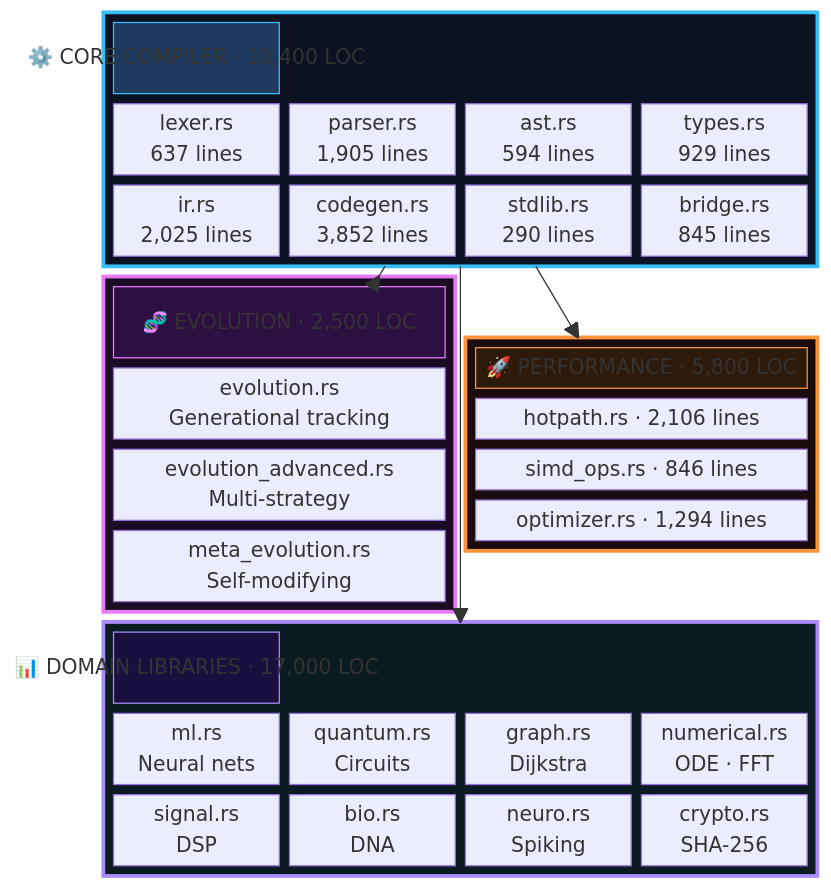
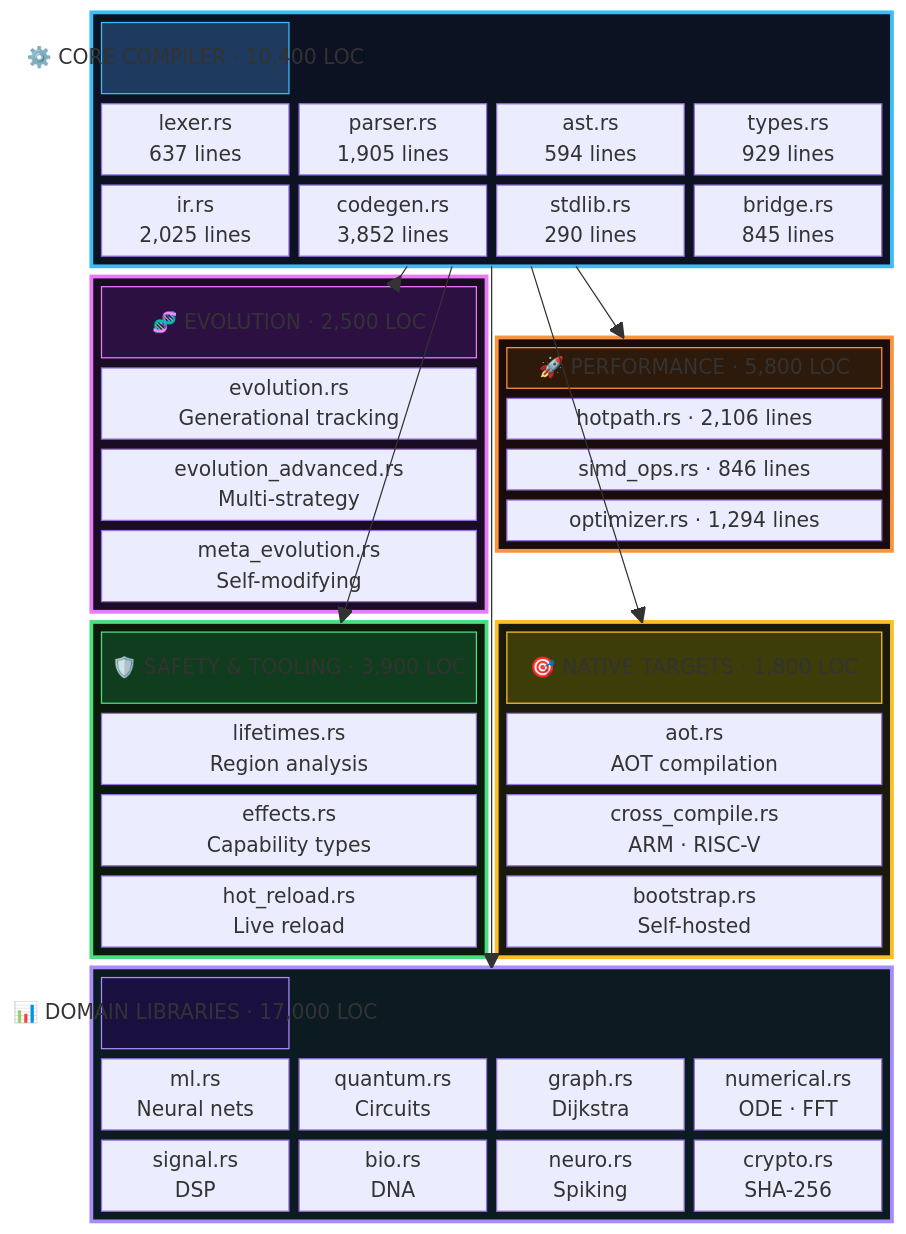
The third of 7 diagrams in README.md (ModernOps888/vitalis), drawn with Mermaid before and after one commit. The commit also changed other lines of this file and 9 other files, not shown here.

First line of the commit message:
v22: Lifetime analysis, effect system, hot-reload, bootstrap, AOT, cross-compilation

````diff
--- a/README.md
+++ b/README.md
@@ -154,59 +154,81 @@
 ```mermaid
 block-beta
     columns 4
 
     block:CORE:4
         columns 4
         A["⚙️ CORE COMPILER · 10,400 LOC"]:4
         B["lexer.rs\n637 lines"]
         C["parser.rs\n1,905 lines"]
         D["ast.rs\n594 lines"]
         E["types.rs\n929 lines"]
         F["ir.rs\n2,025 lines"]
         G["codegen.rs\n3,852 lines"]
         H["stdlib.rs\n290 lines"]
         I["bridge.rs\n845 lines"]
     end
 
     block:EVO:2
         columns 1
         J["🧬 EVOLUTION · 2,500 LOC"]
         K["evolution.rs\nGenerational tracking"]
         L["evolution_advanced.rs\nMulti-strategy"]
         M["meta_evolution.rs\nSelf-modifying"]
     end
 
     block:PERF:2
         columns 1
         N["🚀 PERFORMANCE · 5,800 LOC"]
         O["hotpath.rs · 2,106 lines"]
         P["simd_ops.rs · 846 lines"]
         Q["optimizer.rs · 1,294 lines"]
     end
 
+    block:SAFETY:2
+        columns 1
+        SA["🛡️ SAFETY & TOOLING · 3,900 LOC"]
+        SB["lifetimes.rs\nRegion analysis"]
+        SC["effects.rs\nCapability types"]
+        SD["hot_reload.rs\nLive reload"]
+    end
+
+    block:NATIVE:2
+        columns 1
+        NA["🎯 NATIVE TARGETS · 1,800 LOC"]
+        NB["aot.rs\nAOT compilation"]
+        NC["cross_compile.rs\nARM · RISC-V"]
+        ND["bootstrap.rs\nSelf-hosted"]
+    end
+
     block:MATH:4
         columns 4
         R["📊 DOMAIN LIBRARIES · 17,000 LOC"]:4
         S["ml.rs\nNeural nets"]
         T["quantum.rs\nCircuits"]
         U["graph.rs\nDijkstra"]
         V["numerical.rs\nODE · FFT"]
         W["signal.rs\nDSP"]
         X["bio.rs\nDNA"]
         Y["neuro.rs\nSpiking"]
         Z["crypto.rs\nSHA-256"]
     end
 
     CORE --> EVO
     CORE --> PERF
+    CORE --> SAFETY
+    CORE --> NATIVE
     CORE --> MATH
 
     style CORE fill:#0c1222,stroke:#38bdf8,stroke-width:3px,color:#bae6fd
     style EVO fill:#1a0c22,stroke:#e879f9,stroke-width:3px,color:#f5d0fe
     style PERF fill:#1a0c0c,stroke:#fb923c,stroke-width:3px,color:#fed7aa
+    style SAFETY fill:#0c1a0c,stroke:#4ade80,stroke-width:3px,color:#dcfce7
+    style NATIVE fill:#1a1a0c,stroke:#fbbf24,stroke-width:3px,color:#fef3c7
     style MATH fill:#0c1a22,stroke:#a78bfa,stroke-width:3px,color:#ddd6fe
     style A fill:#1e3a5f,stroke:#38bdf8,color:#e0f2fe
     style J fill:#2d1042,stroke:#e879f9,color:#f5d0fe
     style N fill:#2d1a0a,stroke:#fb923c,color:#fed7aa
+    style SA fill:#0f3d1e,stroke:#4ade80,color:#dcfce7
+    style NA fill:#3d3d0a,stroke:#fbbf24,color:#fef3c7
     style R fill:#1a1040,stroke:#a78bfa,color:#ddd6fe
 ```
````
